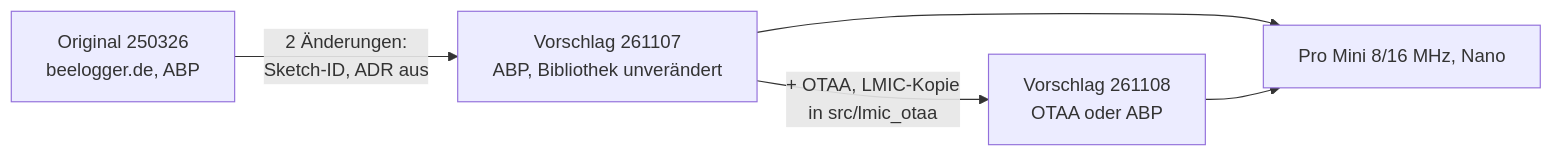
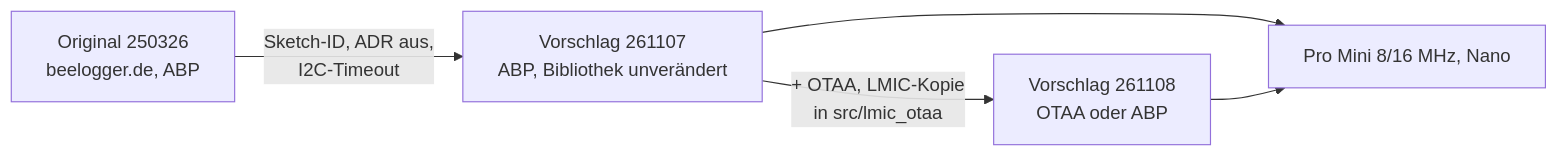
One commit to desiue/beelogger-stm32 changed the diagram in atmega_lora/README.md. Above: the diagram before and after it, drawn with Mermaid. The commit also changed other lines of this file and 1 other file, not shown here.

First line of the commit message:
ATmega: Speicher-Matrix (ABP/OTAA, 23 Sensorkombinationen) per Bauskript, README geprüft

````diff
--- a/atmega_lora/README.md
+++ b/atmega_lora/README.md
@@ -9,7 +11,7 @@
 ```mermaid
 flowchart LR
-  O["Original 250326<br/>beelogger.de, ABP"] -->|"2 Änderungen:<br/>Sketch-ID, ADR aus"| V["Vorschlag 261107<br/>ABP, Bibliothek unverändert"]
+  O["Original 250326<br/>beelogger.de, ABP"] -->|"Sketch-ID, ADR aus,<br/>I2C-Timeout"| V["Vorschlag 261107<br/>ABP, Bibliothek unverändert"]
   V -->|"+ OTAA, LMIC-Kopie<br/>in src/lmic_otaa"| W["Vorschlag 261108<br/>OTAA oder ABP"]
   V --> B["Pro Mini 8/16 MHz, Nano"]
   W --> B
 ```
````
